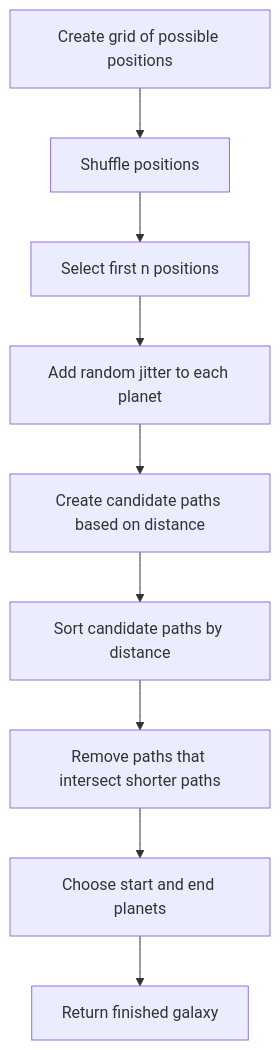
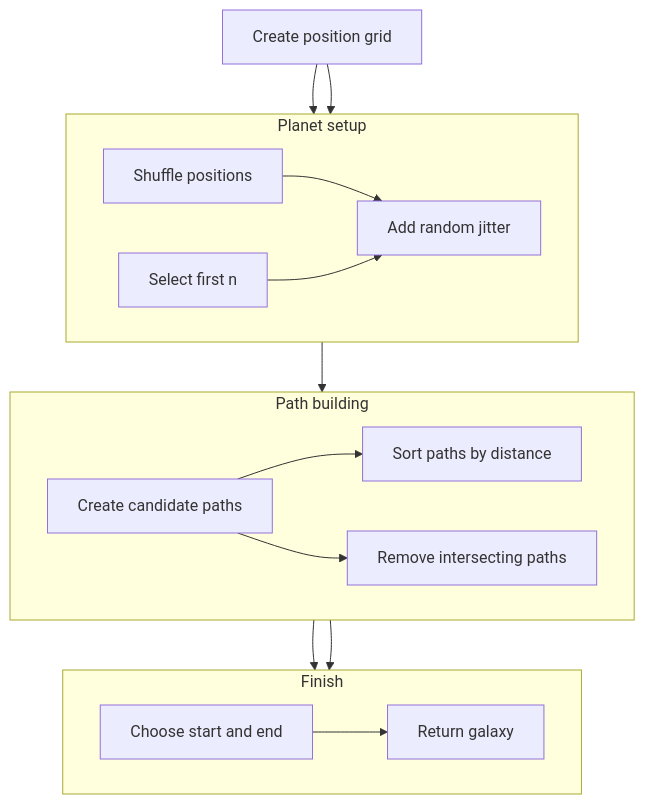
The fifth of 9 diagrams in WriteUp/WRITEUP.md (NoahMSchool/SwiftPlanets), drawn with Mermaid before and after one commit. The commit also changed other lines of this file and 2 other files, not shown here.

Commit message:
formatting mermaid and images

````diff
--- a/WriteUp/WRITEUP.md
+++ b/WriteUp/WRITEUP.md
@@ -931,11 +961,35 @@
 ```mermaid
 flowchart TD
-    A["Create grid of possible positions"] --> B["Shuffle positions"]
-    B --> C["Select first n positions"]
-    C --> D["Add random jitter to each planet"]
-    D --> E["Create candidate paths based on distance"]
-    E --> F["Sort candidate paths by distance"]
-    F --> G["Remove paths that intersect shorter paths"]
-    G --> H["Choose start and end planets"]
-    H --> I["Return finished galaxy"]
+    A["Create position grid"]
+
+    subgraph Setup["Planet setup"]
+        direction LR
+        B["Shuffle positions"]
+        C["Select first n"]
+        D["Add random jitter"]
+    end
+
+    subgraph Paths["Path building"]
+        direction LR
+        E["Create candidate paths"]
+        F["Sort paths by distance"]
+        G["Remove intersecting paths"]
+    end
+
+    subgraph Finish["Finish"]
+        direction LR
+        H["Choose start and end"]
+        I["Return galaxy"]
+    end
+
+    A --> B
+    A --> C
+    B --> D
+    C --> D
+    D --> E
+    E --> F
+    E --> G
+    F --> H
+    G --> H
+    H --> I
 ```
````
